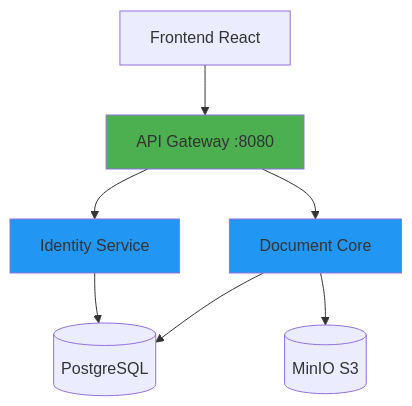
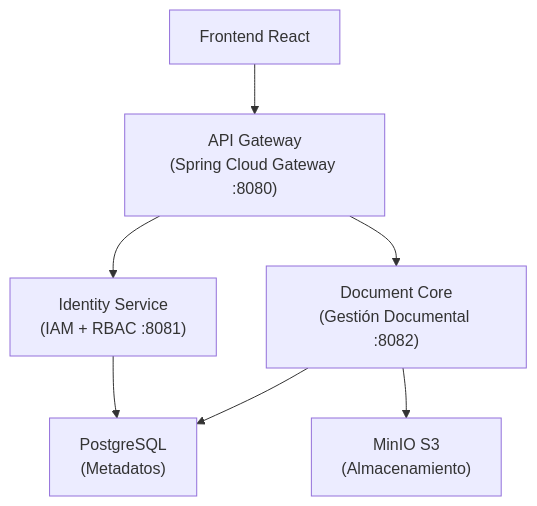
The first of 3 diagrams in README.md (EDGUR-DEVELOPER/AI4Devs-finalproject-EGR), drawn with Mermaid before and after one commit. The commit also changed other lines of this file, not shown here.

Commit message:
Refactor README.md: Update project description, table of contents, and structure for clarity and organization. Enhance sections on features, installation, and user stories. Improve formatting and add detailed API specifications.

````diff
--- a/README.md
+++ b/README.md
@@ -192,14 +152,16 @@
 ```mermaid
 graph TD
-    Browser[Frontend React] --> Gateway[API Gateway :8080]
-    Gateway --> Identity[Identity Service]
-    Gateway --> DocCore[Document Core]
+    Browser[Frontend React]
+    Gateway["API Gateway<br/>(Spring Cloud Gateway :8080)"]
+    Identity["Identity Service<br/>(IAM + RBAC :8081)"]
+    DocCore["Document Core<br/>(Gestión Documental :8082)"]
+    PostgreSQL["PostgreSQL<br/>(Metadatos)"]
+    MinIO["MinIO S3<br/>(Almacenamiento)"]
     
-    Identity --> PostgreSQL[(PostgreSQL)]
+    Browser --> Gateway
+    Gateway --> Identity
+    Gateway --> DocCore
+    Identity --> PostgreSQL
     DocCore --> PostgreSQL
-    DocCore --> MinIO[(MinIO S3)]
-    
-    style Gateway fill:#4CAF50
-    style Identity fill:#2196F3
-    style DocCore fill:#2196F3
+    DocCore --> MinIO
 ```
````
